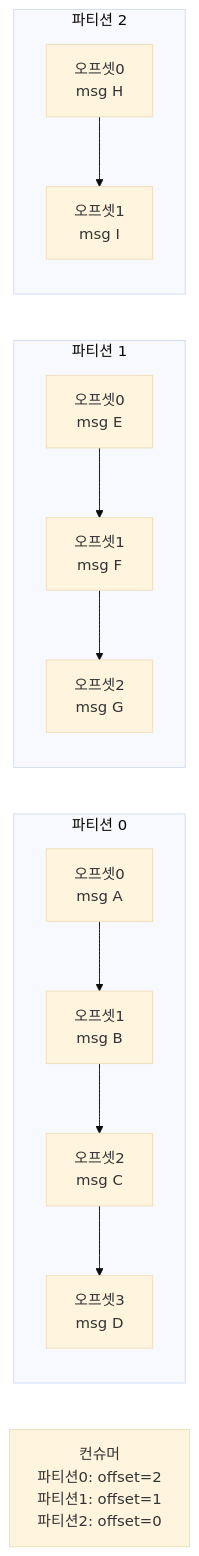
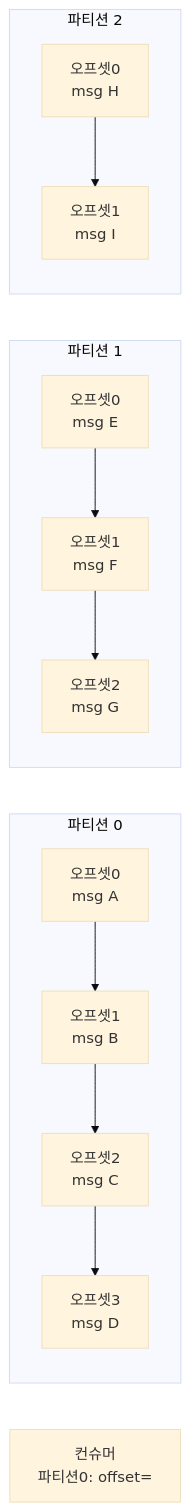
Before and after one commit to yjkim2015/yjkim2015.github.io: the second of 12 diagrams in _posts/kafka/2026-05-02-kafka-deep.md, drawn with Mermaid (base theme). The commit also changed other lines of this file and 271 other files, not shown here.

First line of the commit message:
Mermaid 라벨 축소: 긴 노드 텍스트 18자 이하로 트림 + \n 제거

````diff
--- a/_posts/kafka/2026-05-02-kafka-deep.md
+++ b/_posts/kafka/2026-05-02-kafka-deep.md
@@ -48,13 +48,13 @@
 ```mermaid
 graph LR
     subgraph "파티션 0"
         M0["오프셋0\nmsg A"] --> M1["오프셋1\nmsg B"] --> M2["오프셋2\nmsg C"] --> M3["오프셋3\nmsg D"]
     end
     subgraph "파티션 1"
         N0["오프셋0\nmsg E"] --> N1["오프셋1\nmsg F"] --> N2["오프셋2\nmsg G"]
     end
     subgraph "파티션 2"
         O0["오프셋0\nmsg H"] --> O1["오프셋1\nmsg I"]
     end
-    Consumer["컨슈머\n파티션0: offset=2\n파티션1: offset=1\n파티션2: offset=0"]
+    Consumer["컨슈머\n파티션0: offset="]
 ```
````
